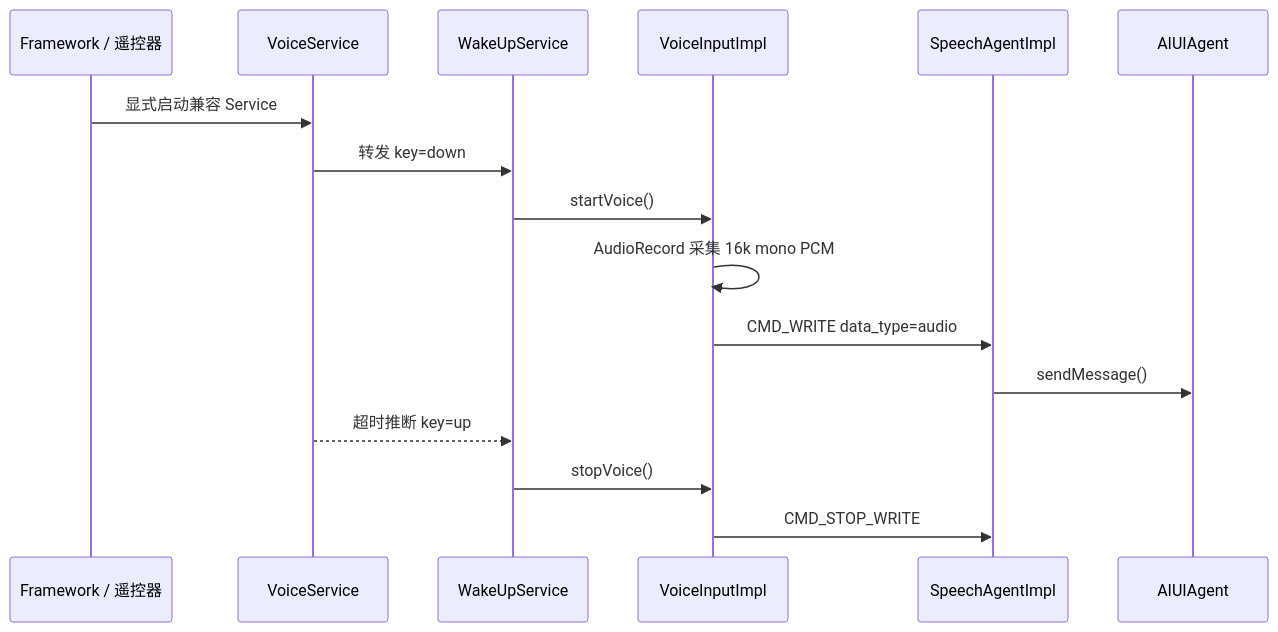
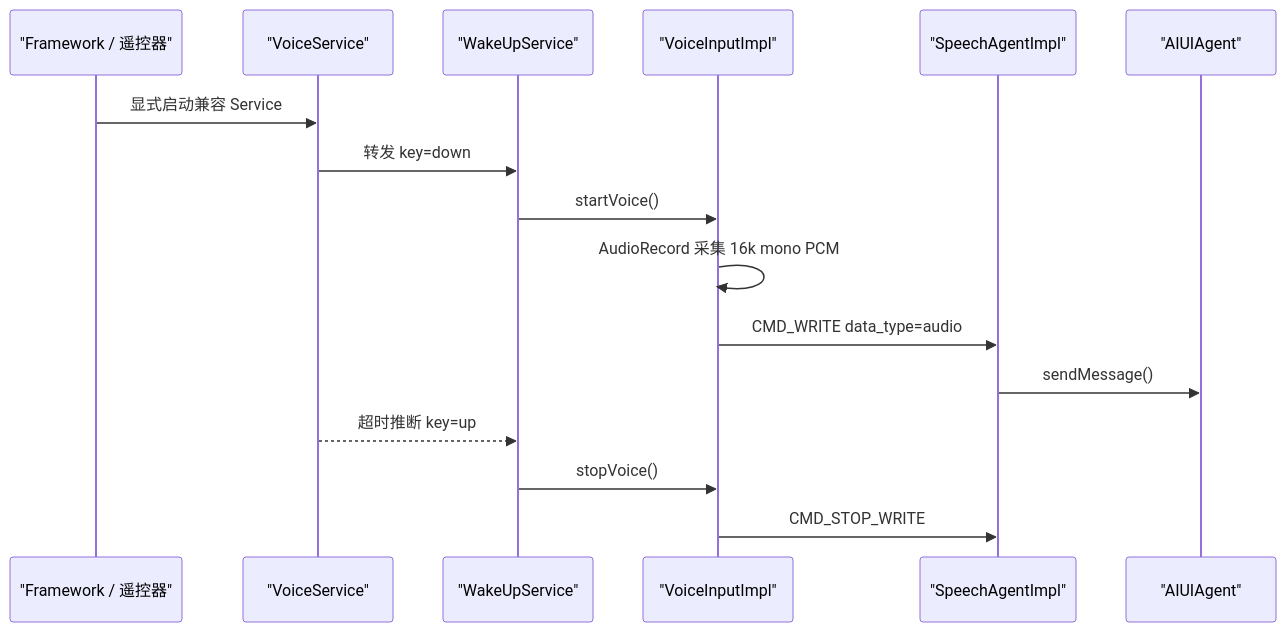
One commit to szhangbiao/AIAssistant changed the second of 3 diagrams in doc/系统架构介绍.md. Above: the diagram before and after it, drawn with Mermaid. The commit also changed other lines of this file and 1 other file, not shown here.

````diff
--- a/doc/系统架构介绍.md
+++ b/doc/系统架构介绍.md
@@ -105,19 +106,19 @@
 ```mermaid
 sequenceDiagram
-    participant F as Framework / 遥控器
-    participant V as VoiceService
-    participant W as WakeUpService
-    participant R as VoiceInputImpl
-    participant S as SpeechAgentImpl
-    participant A as AIUIAgent
+    participant F as "Framework / 遥控器"
+    participant V as "VoiceService"
+    participant W as "WakeUpService"
+    participant R as "VoiceInputImpl"
+    participant S as "SpeechAgentImpl"
+    participant A as "AIUIAgent"
 
     F->>V: 显式启动兼容 Service
     V->>W: 转发 key=down
     W->>R: startVoice()
     R->>R: AudioRecord 采集 16k mono PCM
     R->>S: CMD_WRITE data_type=audio
     S->>A: sendMessage()
     V-->>W: 超时推断 key=up
     W->>R: stopVoice()
     R->>S: CMD_STOP_WRITE
 ```
````
